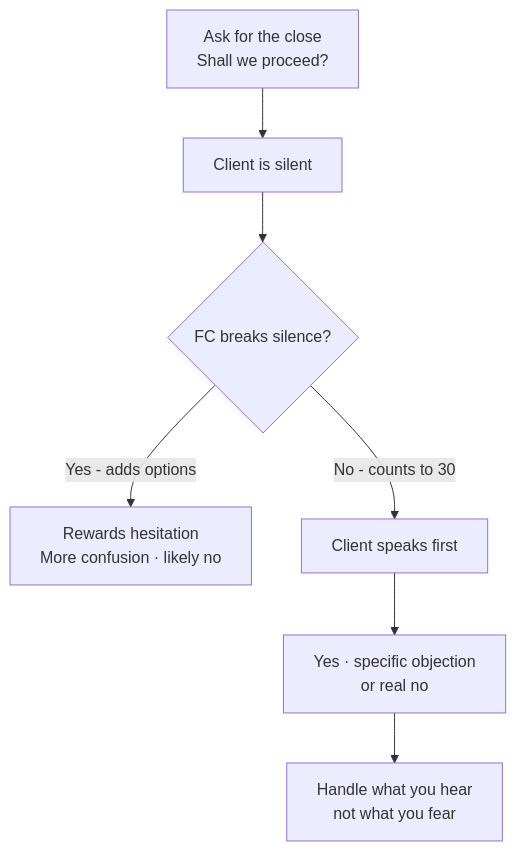
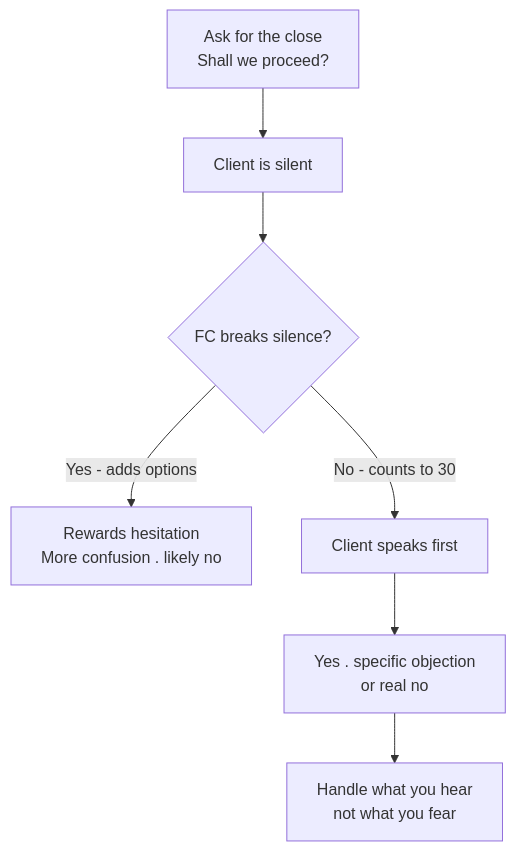
The third of 3 diagrams in docs/first-60-days/week-10/day-59.md (leotansingapore/aia-product-compass-hub), drawn with Mermaid before and after one commit. The commit also changed other lines of this file and 75 other files, not shown here.

````diff
--- a/docs/first-60-days/week-10/day-59.md
+++ b/docs/first-60-days/week-10/day-59.md
@@ -214,10 +214,10 @@
 ```mermaid
 flowchart TD
     A["Ask for the close<br/>Shall we proceed?"]
     A --> B["Client is silent"]
     B --> C{"FC breaks silence?"}
-    C -->|"Yes - adds options"| D["Rewards hesitation<br/>More confusion · likely no"]
+    C -->|"Yes - adds options"| D["Rewards hesitation<br/>More confusion . likely no"]
     C -->|"No - counts to 30"| E["Client speaks first"]
-    E --> F["Yes · specific objection<br/>or real no"]
+    E --> F["Yes . specific objection<br/>or real no"]
     F --> G["Handle what you hear<br/>not what you fear"]
 ```
````
